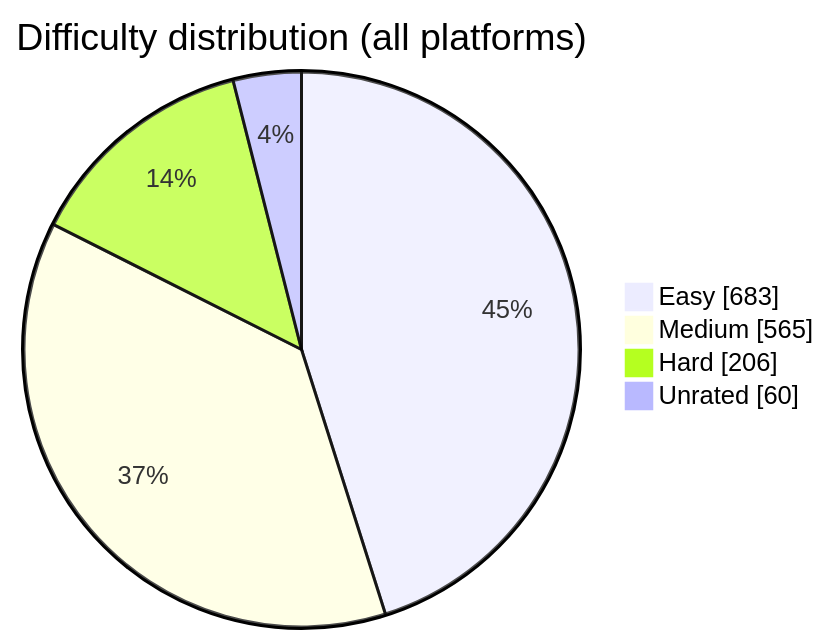
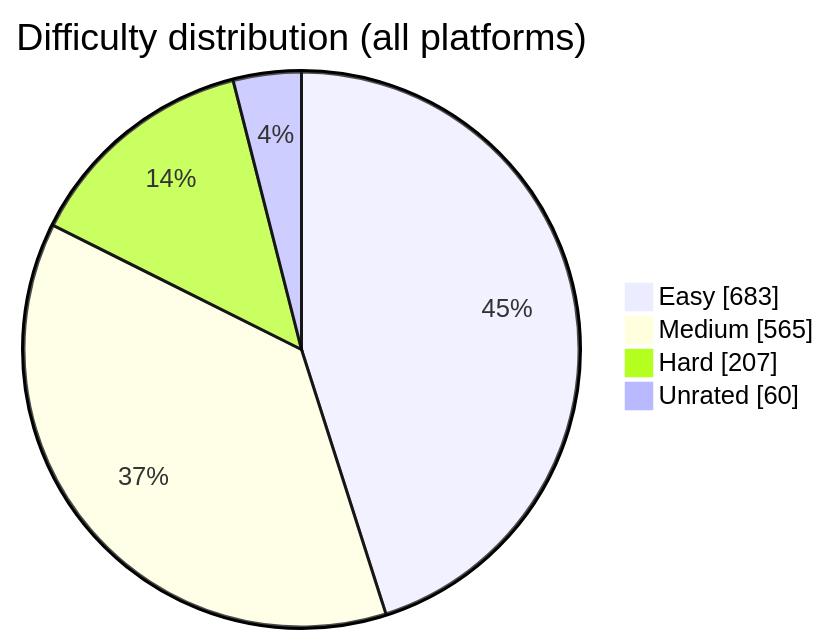
Before and after one commit to BuildbyArindam/Daily-Coding-Log: the diagram in README.md, drawn with Mermaid. The commit also changed other lines of this file, not shown here.

````diff
--- a/README.md
+++ b/README.md
@@ -93,7 +93,7 @@
 ```mermaid
 pie showData title Difficulty distribution (all platforms)
     "Easy" : 683
     "Medium" : 565
-    "Hard" : 206
+    "Hard" : 207
     "Unrated" : 60
 ```
````
